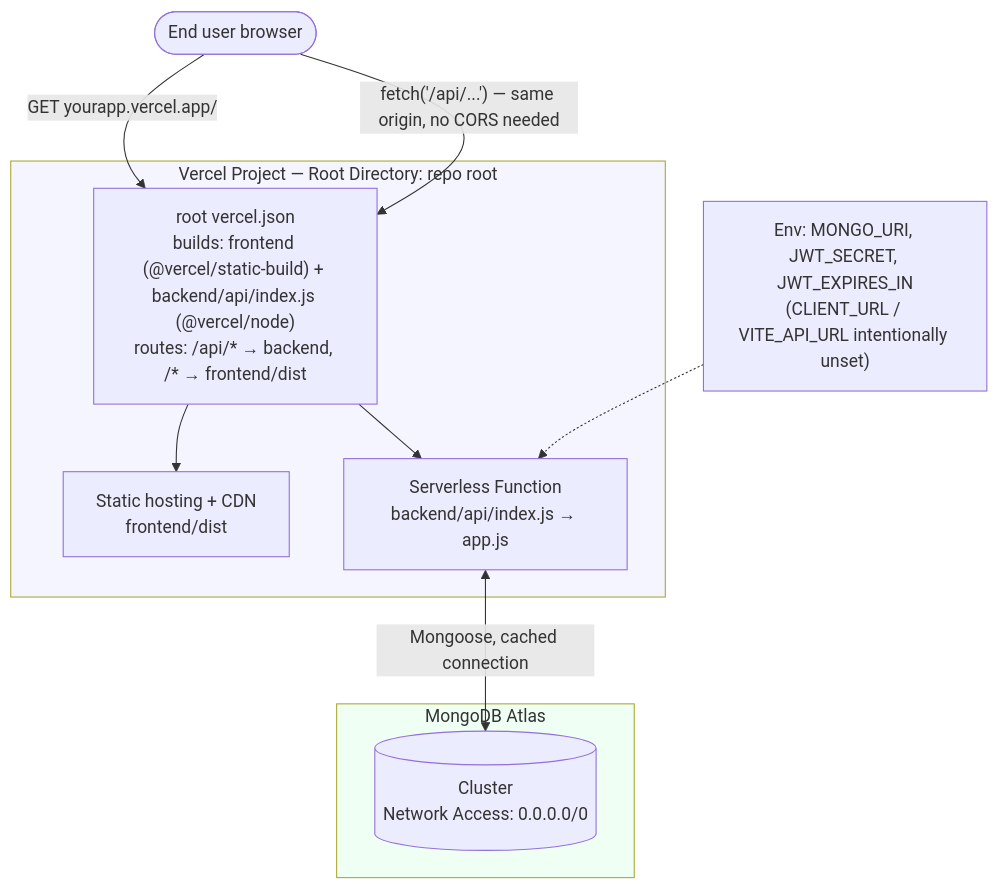
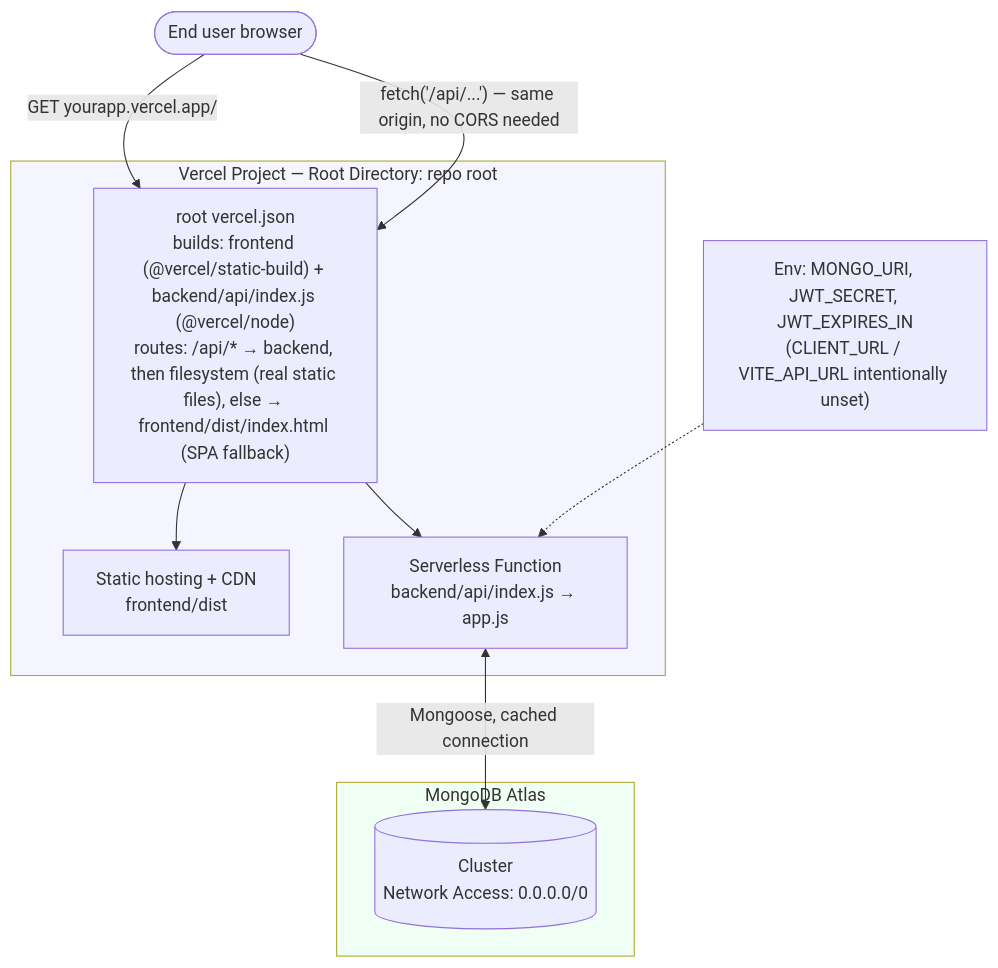
One commit to sizwendlovu01/AirBnb-Clone changed the sixth of 7 diagrams in docs/ARCHITECTURE_DIAGRAMS.md. Above: the diagram before and after it, drawn with Mermaid. The commit also changed 1 other file, not shown here.

Commit message:
Fix SPA fallback routing in vercel.json (was 404ing on all routes)

````diff
--- a/docs/ARCHITECTURE_DIAGRAMS.md
+++ b/docs/ARCHITECTURE_DIAGRAMS.md
@@ -225,23 +225,23 @@
 ```mermaid
 flowchart TB
     subgraph Vercel["Vercel Project — Root Directory: repo root"]
-        VJ["root vercel.json<br/>builds: frontend (@vercel/static-build) + backend/api/index.js (@vercel/node)<br/>routes: /api/* → backend, /* → frontend/dist"]
+        VJ["root vercel.json<br/>builds: frontend (@vercel/static-build) + backend/api/index.js (@vercel/node)<br/>routes: /api/* → backend, then filesystem (real static files), else → frontend/dist/index.html (SPA fallback)"]
         Static["Static hosting + CDN<br/>frontend/dist"]
         Fn["Serverless Function<br/>backend/api/index.js → app.js"]
     end
 
     subgraph Atlas["MongoDB Atlas"]
         DB[("Cluster<br/>Network Access: 0.0.0.0/0")]
     end
 
     EnvBE["Env: MONGO_URI, JWT_SECRET, JWT_EXPIRES_IN<br/>(CLIENT_URL / VITE_API_URL intentionally unset)"] -.-> Fn
 
     User(["End user browser"]) -->|"GET yourapp.vercel.app/"| VJ
     VJ --> Static
     User -->|"fetch('/api/...') — same origin, no CORS needed"| VJ
     VJ --> Fn
     Fn <-->|Mongoose, cached connection| DB
 
     style Vercel fill:#f5f5ff
     style Atlas fill:#f0fff4
 ```
````
